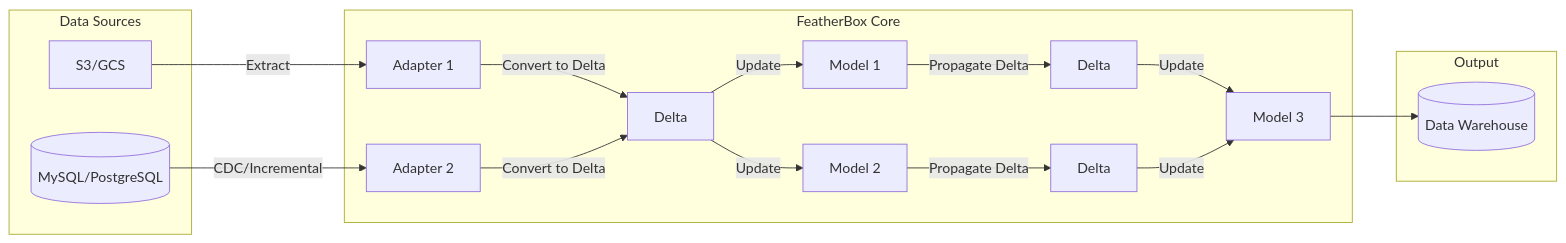
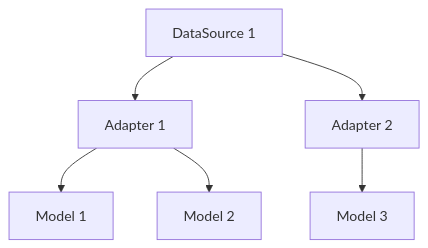
Before and after one commit to featherbox/featherbox: the first of 2 diagrams in README.md, drawn with Mermaid. The commit also changed other lines of this file and 2 other files, not shown here.

````diff
--- a/README.md
+++ b/README.md
@@ -147,34 +80,15 @@
 ```mermaid
-graph LR
-    subgraph "Data Sources"
-        S3[S3/GCS]
-        DB[(MySQL/PostgreSQL)]
-    end
+flowchart TD
+    DS1[DataSource 1]
+    A1[Adapter 1]
+    A2[Adapter 2]
+    M1[Model 1]
+    M2[Model 2]
+    M3[Model 3]
 
-    subgraph "FeatherBox Core"
-        A1[Adapter 1]
-        A2[Adapter 2]
-        D1[Delta]
-        M1[Model 1]
-        M2[Model 2]
-        M3[Model 3]
-        D2[Delta]
-        D3[Delta]
-    end
-
-    subgraph "Output"
-        DW[(Data Warehouse)]
-    end
-
-    S3 -->|Extract| A1
-    DB -->|CDC/Incremental| A2
-    A1 -->|Convert to Delta| D1
-    A2 -->|Convert to Delta| D1
-    D1 -->|Update| M1
-    D1 -->|Update| M2
-    M1 -->|Propagate Delta| D2
-    M2 -->|Propagate Delta| D3
-    D2 -->|Update| M3
-    D3 -->|Update| M3
-    M3 --> DW
+    DS1 --> A1
+    DS1 --> A2
+    A1 --> M1
+    A1 --> M2
+    A2 --> M3
 ```
````
